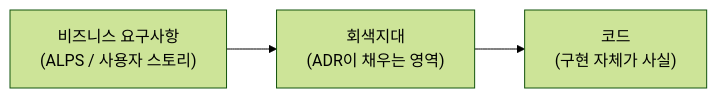
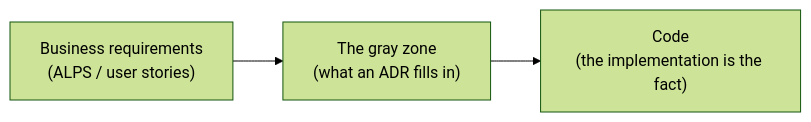
One commit to haandol/alps-writer-mcp changed the first of 3 diagrams in plugins/adr-writer/templates/adr/README.md. Above: the diagram before and after it, drawn with Mermaid (forest theme). The commit also changed other lines of this file and 40 other files, not shown here.

````diff
--- a/plugins/adr-writer/templates/adr/README.md
+++ b/plugins/adr-writer/templates/adr/README.md
@@ -24,5 +24,5 @@
 ```mermaid
 flowchart LR
-    A["비즈니스 요구사항<br/>(ALPS / 사용자 스토리)"] --> B["회색지대<br/>(ADR이 채우는 영역)"]
-    B --> C["코드<br/>(구현 자체가 사실)"]
+    A["Business requirements<br/>(ALPS / user stories)"] --> B["The gray zone<br/>(what an ADR fills in)"]
+    B --> C["Code<br/>(the implementation is the fact)"]
 ```
````
